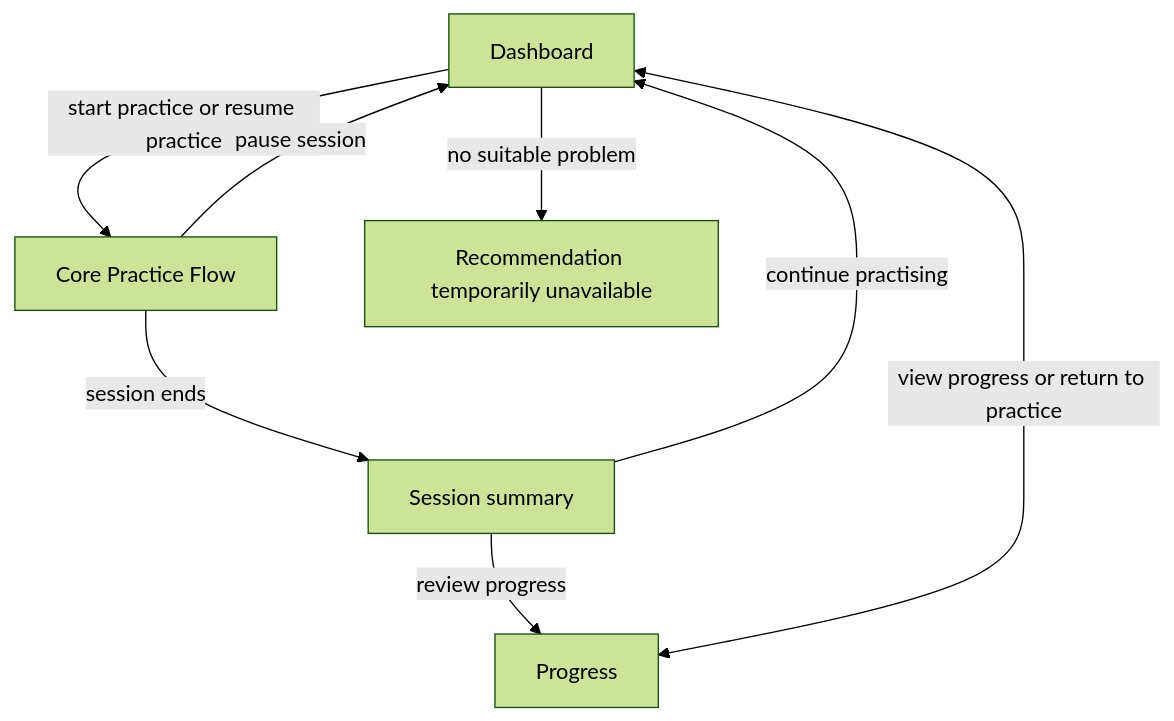
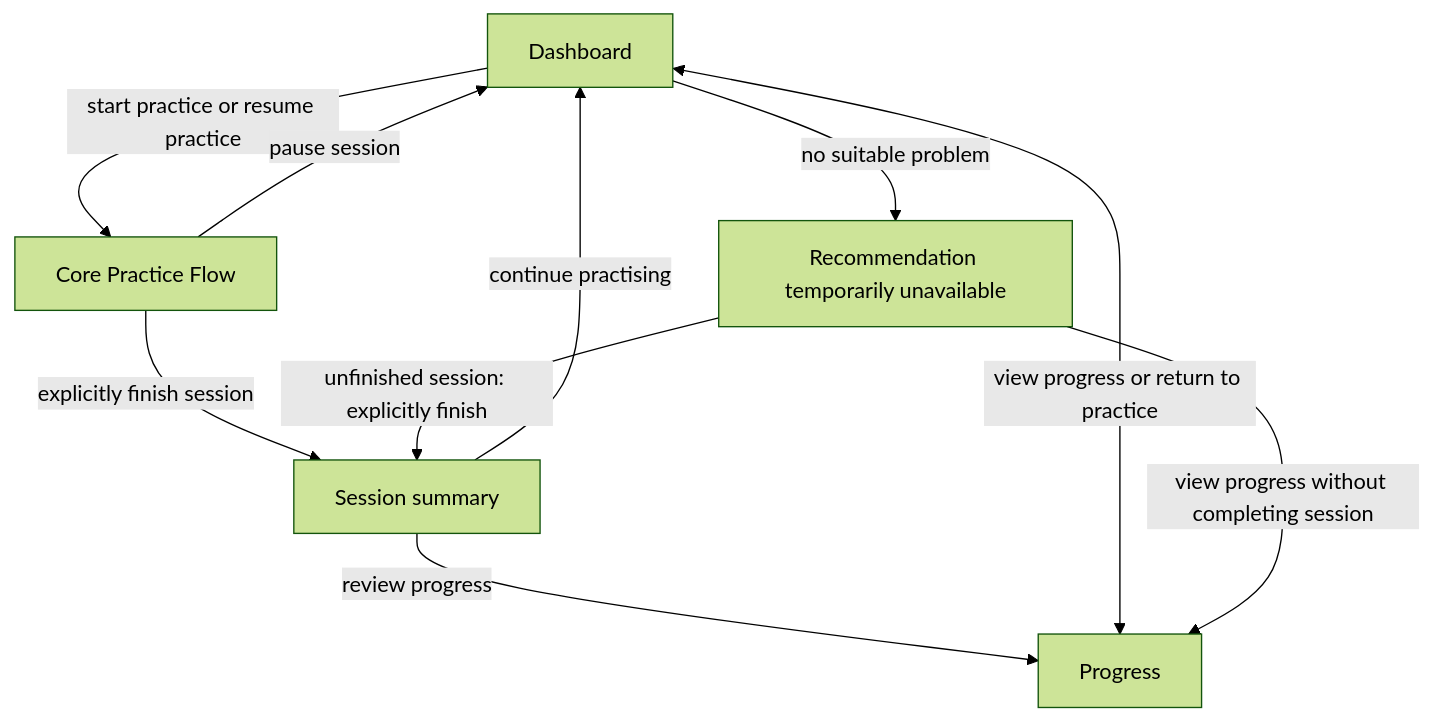
Before and after one commit to SemenKr/olympiad-trainer: the diagram in docs/03-ux/dashboard-progress-flow.md, drawn with Mermaid (forest theme). The commit also changed other lines of this file and 6 other files, not shown here.

````diff
--- a/docs/03-ux/dashboard-progress-flow.md
+++ b/docs/03-ux/dashboard-progress-flow.md
@@ -157,10 +159,12 @@
 ```mermaid
 flowchart TD
     dashboard[Dashboard] -->|start practice or resume practice| practice[Core Practice Flow]
-    practice -->|session ends| summary[Session summary]
+    practice -->|explicitly finish session| summary[Session summary]
     summary -->|continue practising| dashboard
     summary -->|review progress| progress[Progress]
     dashboard <-->|view progress or return to practice| progress
     dashboard -->|no suitable problem| unavailable[Recommendation temporarily unavailable]
+    unavailable -->|unfinished session: explicitly finish| summary
+    unavailable -->|view progress without completing session| progress
     practice -->|pause session| dashboard
 ```
````
